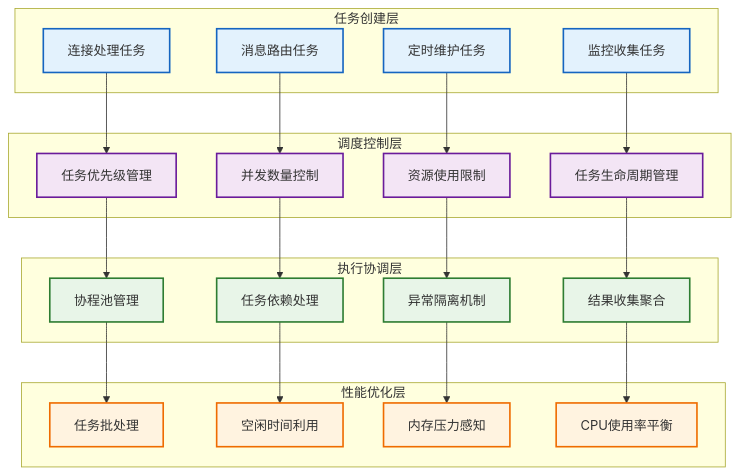
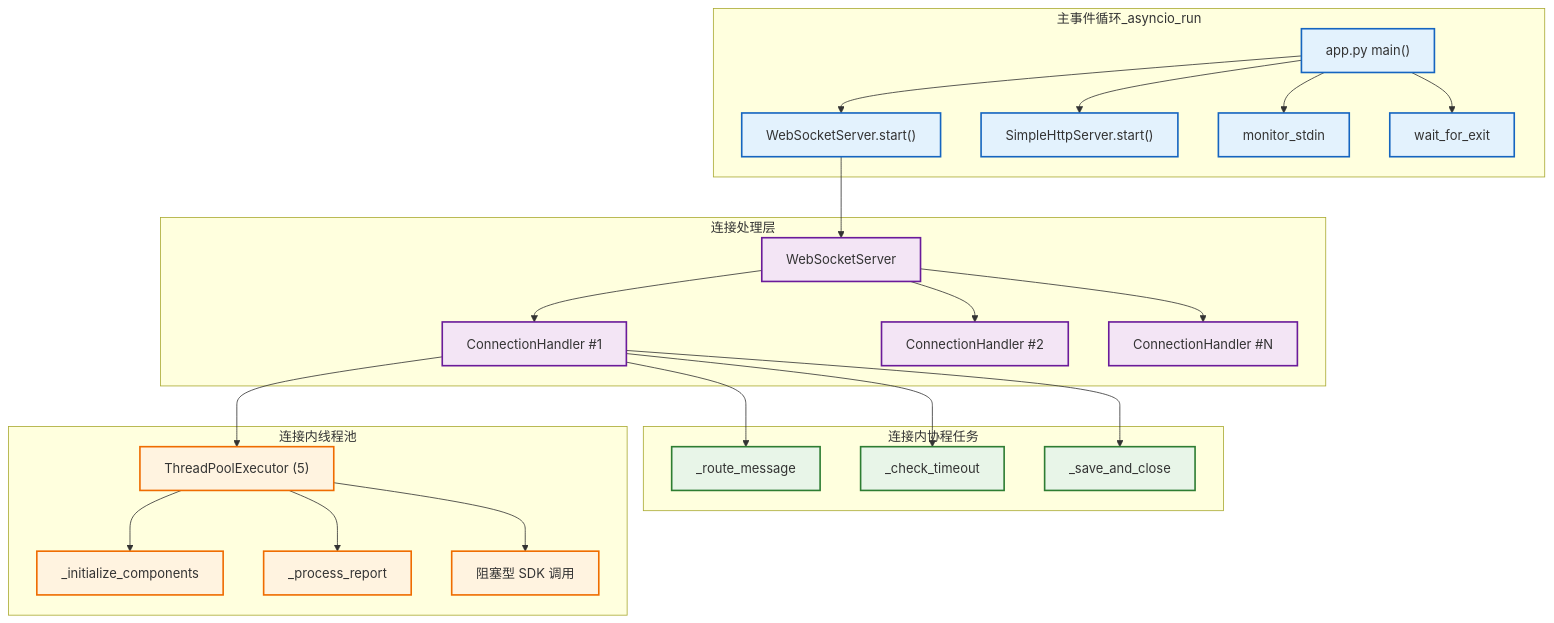
Before and after one commit to haoqianga11/xiaozhi-esp32-server: the diagram in main/xiaozhi-server/archbyWill/byw/05_concurrency_model.md, drawn with Mermaid. The commit also changed other lines of this file and 3 other files, not shown here.

````diff
--- a/main/xiaozhi-server/archbyWill/byw/05_concurrency_model.md
+++ b/main/xiaozhi-server/archbyWill/byw/05_concurrency_model.md
@@ -403,55 +7,59 @@
 ```mermaid
 graph TB
-    subgraph "任务创建层"
-        A[连接处理任务]
-        B[消息路由任务]
-        C[定时维护任务]
-        D[监控收集任务]
+    subgraph 主事件循环_asyncio_run
+        A["app.py main()"]
+        B["WebSocketServer.start()"]
+        C["SimpleHttpServer.start()"]
+        D["monitor_stdin"]
+        E["wait_for_exit"]
     end
-    
-    subgraph "调度控制层"
-        E[任务优先级管理]
-        F[并发数量控制]
-        G[资源使用限制]
-        H[任务生命周期管理]
+
+    subgraph 连接处理层
+        F["WebSocketServer"]
+        G["ConnectionHandler #1"]
+        H["ConnectionHandler #2"]
+        I["ConnectionHandler #N"]
     end
-    
-    subgraph "执行协调层"
-        I[协程池管理]
-        J[任务依赖处理]
-        K[异常隔离机制]
-        L[结果收集聚合]
+
+    subgraph 连接内协程任务
+        J["_route_message"]
+        K["_check_timeout"]
+        L["_save_and_close"]
     end
-    
-    subgraph "性能优化层"
-        M[任务批处理]
-        N[空闲时间利用]
-        O[内存压力感知]
-        P[CPU使用率平衡]
+
+    subgraph 连接内线程池
+        M["ThreadPoolExecutor (5)"]
+        N["_initialize_components"]
+        O["_process_report"]
+        P["阻塞型 SDK 调用"]
     end
-    
+
+    A --> B
+    A --> C
+    A --> D
     A --> E
+
     B --> F
-    C --> G
-    D --> H
-    
-    E --> I
-    F --> J
+    F --> G
+    F --> H
+    F --> I
+
+    G --> J
     G --> K
-    H --> L
-    
-    I --> M
-    J --> N
-    K --> O
-    L --> P
-    
-    classDef creation fill:#e3f2fd,stroke:#1565c0,stroke-width:2px
-    classDef control fill:#f3e5f5,stroke:#6a1b9a,stroke-width:2px
-    classDef coordination fill:#e8f5e8,stroke:#2e7d32,stroke-width:2px
-    classDef optimization fill:#fff3e0,stroke:#ef6c00,stroke-width:2px
-    
-    class A,B,C,D creation
-    class E,F,G,H control
-    class I,J,K,L coordination
-    class M,N,O,P optimization
+    G --> L
+
+    G --> M
+    M --> N
+    M --> O
+    M --> P
+
+    classDef eventloop fill:#e3f2fd,stroke:#1565c0,stroke-width:2px
+    classDef connection fill:#f3e5f5,stroke:#6a1b9a,stroke-width:2px
+    classDef task fill:#e8f5e8,stroke:#2e7d32,stroke-width:2px
+    classDef pool fill:#fff3e0,stroke:#ef6c00,stroke-width:2px
+
+    class A,B,C,D,E eventloop
+    class F,G,H,I connection
+    class J,K,L task
+    class M,N,O,P pool
 ```
````
